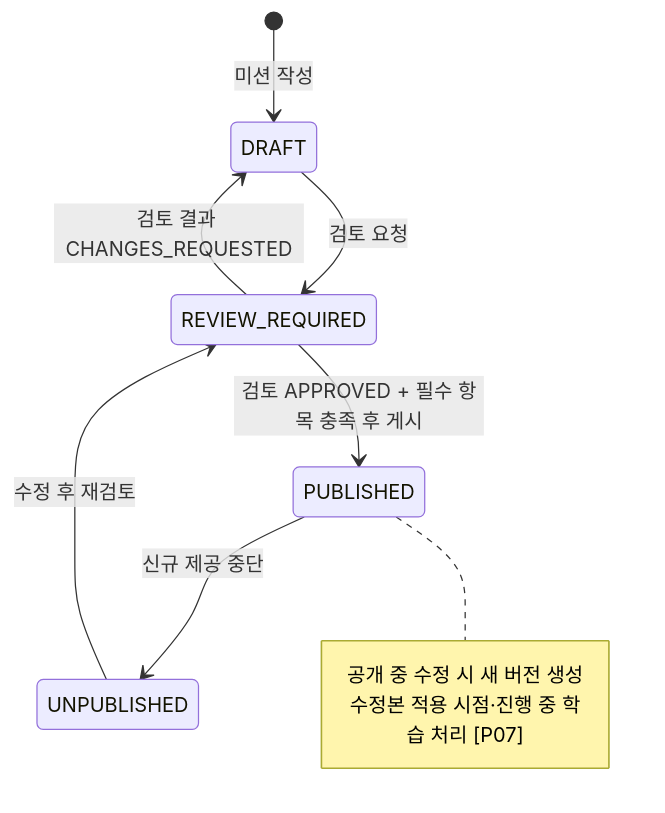
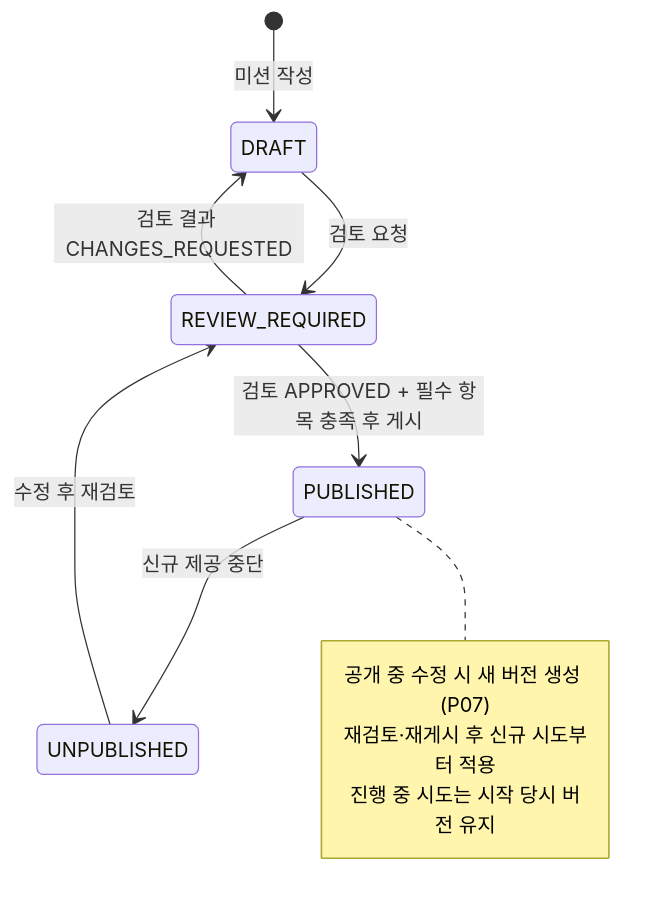
One commit to SKNETWORKS-FAMILY-AICAMP/SKN34-FINAL-3TEAM changed the fourth of 17 diagrams in docs/design/state-diagram.md. Above: the diagram before and after it, drawn with Mermaid. The commit also changed other lines of this file and 7 other files, not shown here.

````diff
--- a/docs/design/state-diagram.md
+++ b/docs/design/state-diagram.md
@@ -104,13 +104,14 @@
 ```mermaid
 stateDiagram-v2
   [*] --> DRAFT: 미션 작성
   DRAFT --> REVIEW_REQUIRED: 검토 요청
   REVIEW_REQUIRED --> DRAFT: 검토 결과 CHANGES_REQUESTED
   REVIEW_REQUIRED --> PUBLISHED: 검토 APPROVED + 필수 항목 충족 후 게시
   PUBLISHED --> UNPUBLISHED: 신규 제공 중단
   UNPUBLISHED --> REVIEW_REQUIRED: 수정 후 재검토
   note right of PUBLISHED
-    공개 중 수정 시 새 버전 생성
-    수정본 적용 시점·진행 중 학습 처리 [P07]
+    공개 중 수정 시 새 버전 생성 (P07)
+    재검토·재게시 후 신규 시도부터 적용
+    진행 중 시도는 시작 당시 버전 유지
   end note
 ```
````
